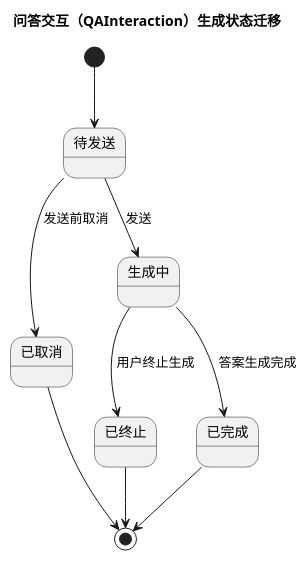
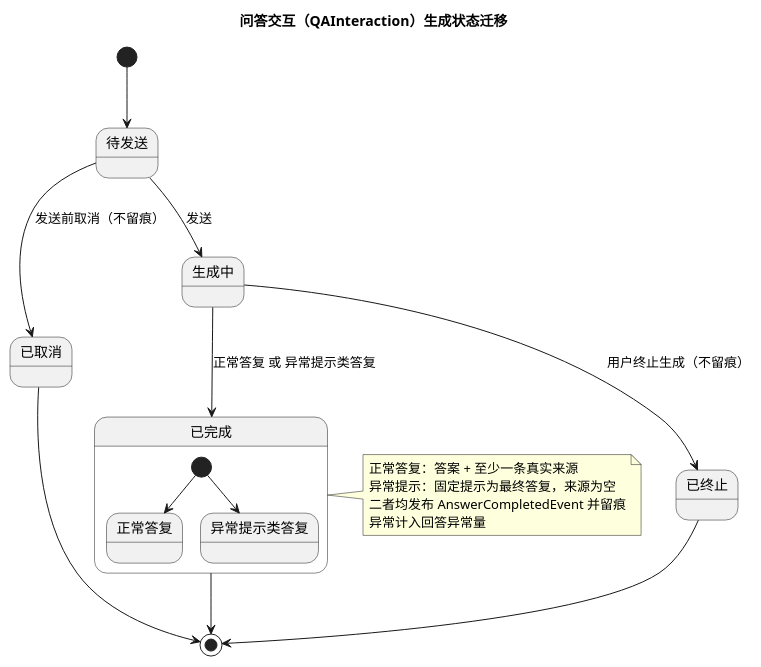
Before and after one commit to Wendy123wx/OMS-AI-RAG-Agent: the ninth of 10 diagrams in docs/prd/02-领域模型.md, drawn with PlantUML. The commit also changed other lines of this file, not shown here.

````diff
--- a/docs/prd/02-领域模型.md
+++ b/docs/prd/02-领域模型.md
@@ -569,15 +874,28 @@
 ```plantuml
 @startuml StateQAInteraction
 title 问答交互（QAInteraction）生成状态迁移
 
 [*] --> 待发送
-待发送 --> 已取消 : 发送前取消
+待发送 --> 已取消 : 发送前取消（不留痕）
 待发送 --> 生成中 : 发送
-生成中 --> 已终止 : 用户终止生成
-生成中 --> 已完成 : 答案生成完成
+生成中 --> 已终止 : 用户终止生成（不留痕）
+生成中 --> 已完成 : 正常答复 或 异常提示类答复
+
+state 已完成 {
+  [*] --> 正常答复
+  [*] --> 异常提示类答复
+}
+
 已完成 --> [*]
 已取消 --> [*]
 已终止 --> [*]
 
+note right of 已完成
+  正常答复：答案 + 至少一条真实来源
+  异常提示：固定提示为最终答复，来源为空
+  二者均发布 AnswerCompletedEvent 并留痕
+  异常计入回答异常量
+end note
+
 @enduml
 ```
````
